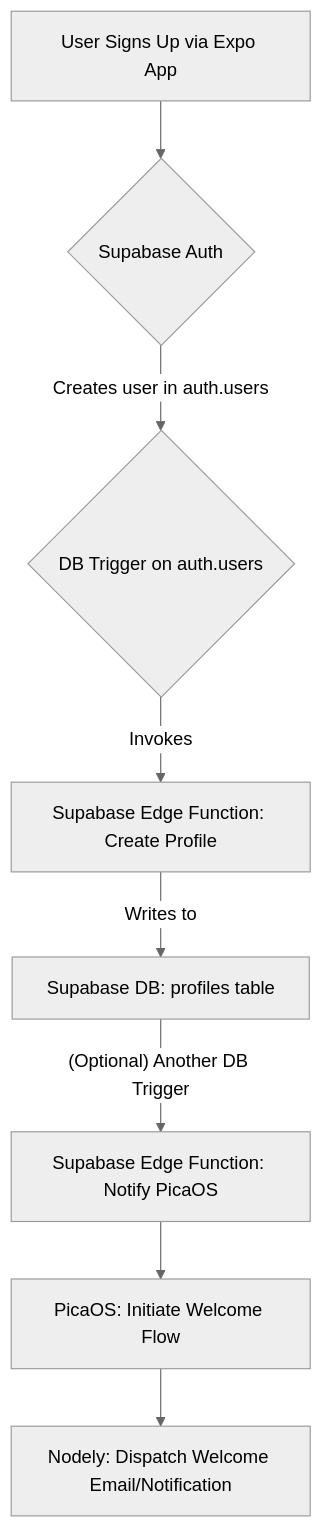
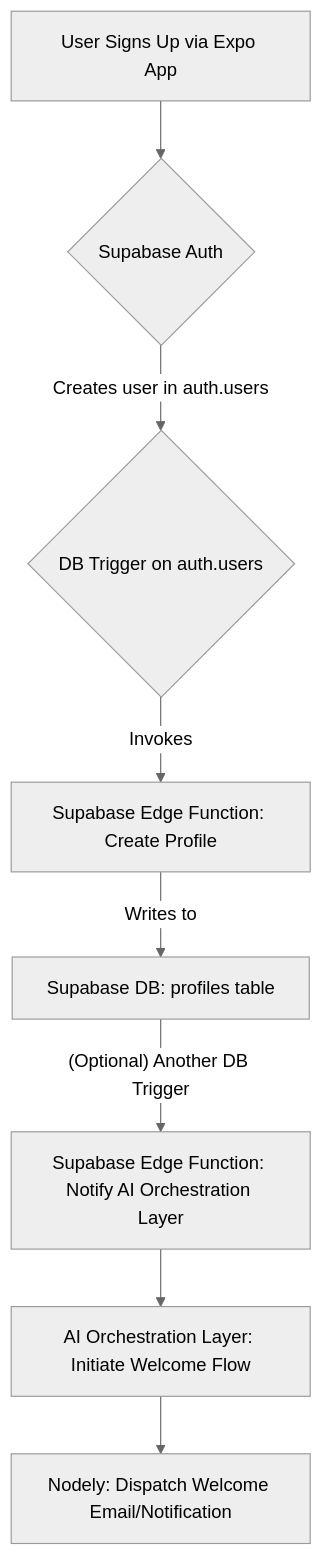
Before and after one commit to lord-dubious/understand.me: the first of 6 diagrams in docs/technical_product_knowledge_base/part5_serverless_design_patterns_applied.md, drawn with Mermaid (neutral theme). The commit also changed other lines of this file and 32 other files, not shown here.

First line of the commit message:
🚀 Complete Boilerplate: Simplified Architecture & TaskMaster

````diff
--- a/docs/technical_product_knowledge_base/part5_serverless_design_patterns_applied.md
+++ b/docs/technical_product_knowledge_base/part5_serverless_design_patterns_applied.md
@@ -20,10 +20,10 @@
             ```mermaid
             graph TD
                 A[User Signs Up via Expo App] --> B{Supabase Auth};
                 B -- Creates user in auth.users --> C{DB Trigger on auth.users};
                 C -- Invokes --> D[Supabase Edge Function: Create Profile];
                 D -- Writes to --> E[Supabase DB: profiles table];
-                E -- (Optional) Another DB Trigger --> F[Supabase Edge Function: Notify PicaOS];
-                F --> G[PicaOS: Initiate Welcome Flow];
+                E -- (Optional) Another DB Trigger --> F[Supabase Edge Function: Notify AI Orchestration Layer];
+                F --> G[AI Orchestration Layer: Initiate Welcome Flow];
                 G --> H[Nodely: Dispatch Welcome Email/Notification];
             ```
````
